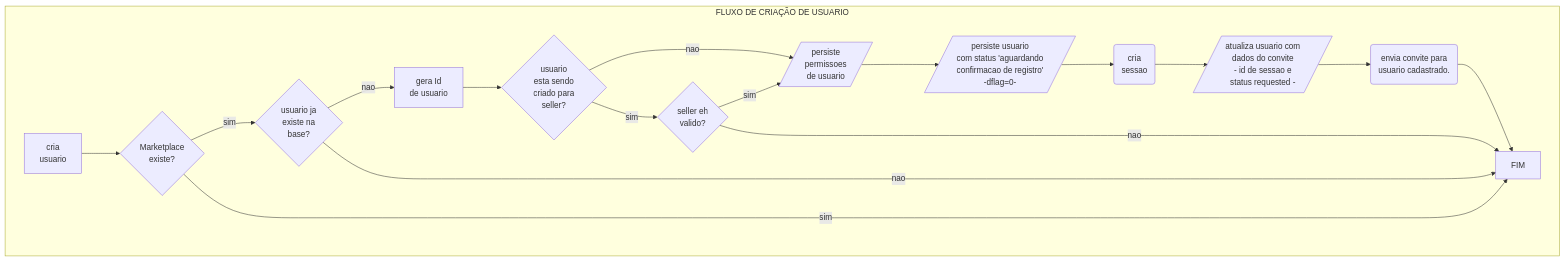
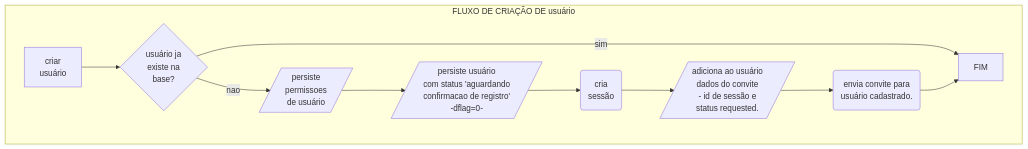
Before and after one commit to NoulB/createUserDoc: the first of 2 diagrams in README.md, drawn with Mermaid. The commit also changed other lines of this file, not shown here.

````diff
--- a/README.md
+++ b/README.md
@@ -31,36 +28,25 @@
 ```mermaid
   graph TD  
   
     %% PRE-LAUNCH SETUP" FLOW CHART SHAPES  
-    START["cria<br>usuario"]  
-    EXIST_MKTPLC?{Marketplace<br>existe?}  
-    EXIST_USER?{usuario ja<br>existe na<br>base?}  
-    GENERATE_ID[gera Id<br>de usuario]  
-    USER_FOR_SELLER?{usuario<br>esta sendo<br>criado para<br>seller?}  
-    SELLER_IS_VALID?{seller eh<br>valido?}  
-    PERSIST_USER[/persiste<br>permissoes<br>de usuario/]  
-    UPDATE_USER_DFLAG_0[/persiste usuario<br>com status 'aguardando<br>confirmacao de registro'<br>-dflag=0-/]  
-    CREATE_SESSION(cria<br>sessao)  
-    UPDATE_USER_MAIL[/atualiza usuario com<br>dados do convite<br> - id de sessao e<br>status requested -/]  
-    SEND_MAIL(envia convite para <br>usuario cadastrado.)  
+    START["criar<br>usuário"]  
+    EXIST_USER?{usuário ja<br>existe na<br>base?}  
+    PERSIST_USER[/persiste<br>permissoes<br>de usuário/]  
+    UPDATE_USER_DFLAG_0[/persiste usuário<br>com status 'aguardando<br>confirmacao de registro'<br>-dflag=0-/]  
+    CREATE_SESSION(cria<br>sessão)  
+    UPDATE_USER_MAIL[/adiciona ao usuário <br>dados do convite<br> - id de sessão e<br>status requested./]  
+    SEND_MAIL(envia convite para <br>usuário cadastrado.)  
     END[FIM]  
   
     %% CREATE FLOW CHART  
-    subgraph FLUXO DE CRIAÇÃO DE USUARIO  
-    START --> EXIST_MKTPLC?  
-    EXIST_MKTPLC? --> |sim| EXIST_USER?  
-    EXIST_USER? -->|nao| GENERATE_ID  
-    EXIST_MKTPLC? --> |sim| END  
-    EXIST_USER? --> |nao| END  
-    USER_FOR_SELLER? --> |nao| PERSIST_USER  
-    GENERATE_ID --> USER_FOR_SELLER?  
-    USER_FOR_SELLER? --> |sim| SELLER_IS_VALID?  
-    SELLER_IS_VALID? --> |sim| PERSIST_USER  
+    subgraph FLUXO DE CRIAÇÃO DE usuário  
+    START --> EXIST_USER?  
+    EXIST_USER? -->|nao| PERSIST_USER  
+    EXIST_USER? --> |sim| END  
     PERSIST_USER --> UPDATE_USER_DFLAG_0  
-    SELLER_IS_VALID? --> |nao| END  
     UPDATE_USER_DFLAG_0 --> CREATE_SESSION  
     CREATE_SESSION --> UPDATE_USER_MAIL  
     UPDATE_USER_MAIL --> SEND_MAIL  
     SEND_MAIL --> END  
     end  
 ```
````
